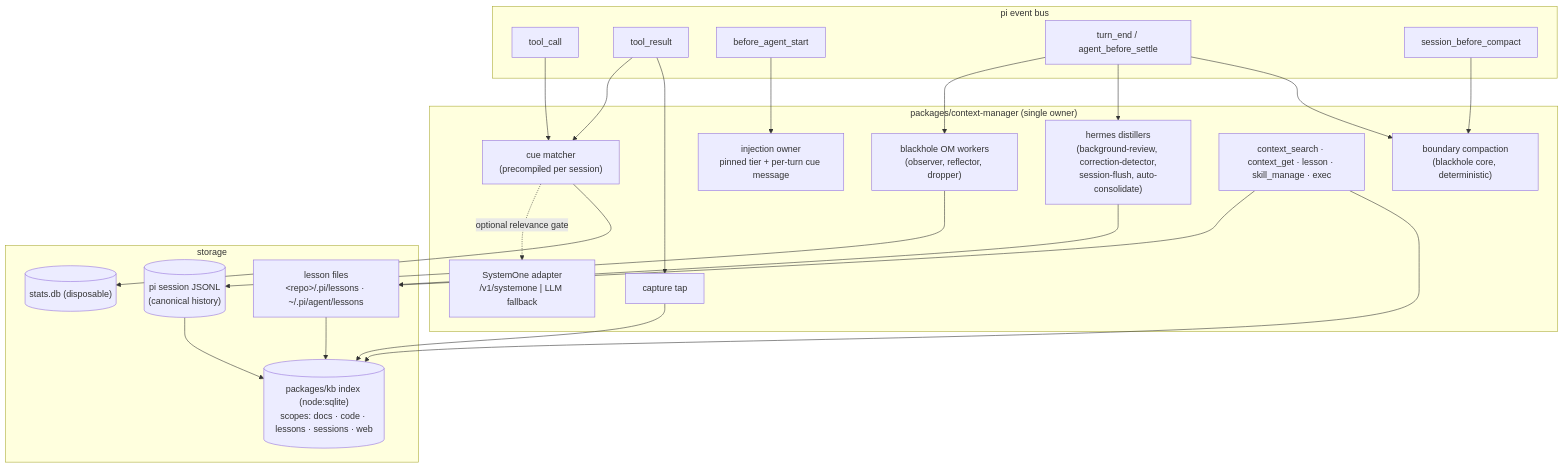
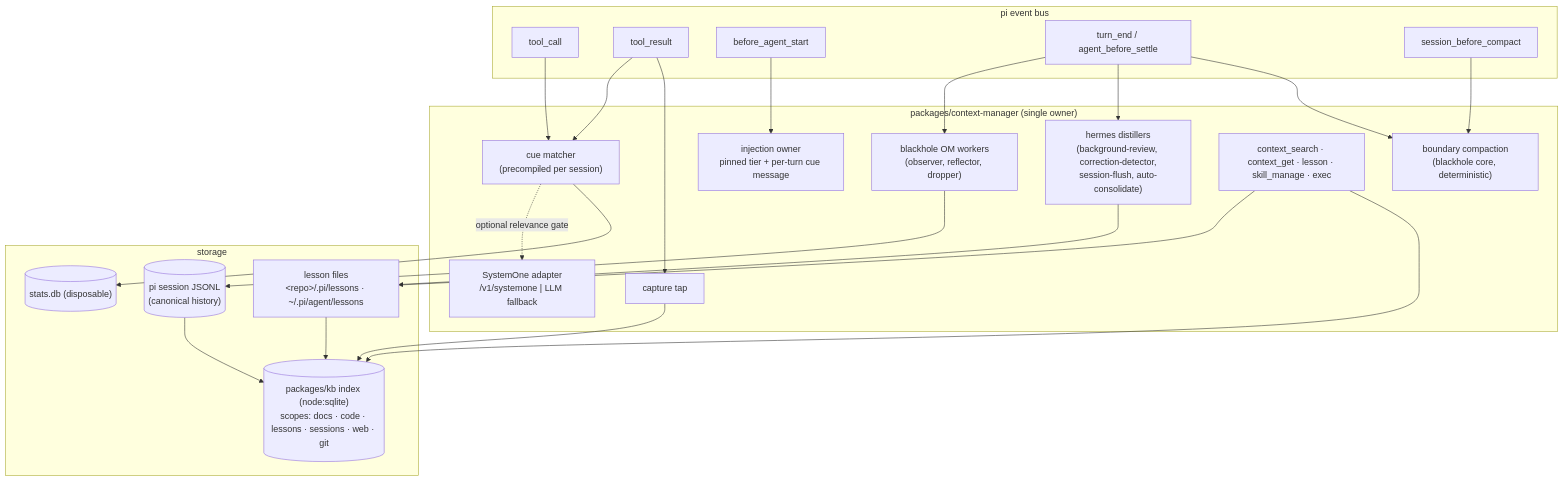
One commit to BlackBeltTechnology/pi-agent-dashboard changed the diagram in openspec/changes/unify-context-manager/design.md. Above: the diagram before and after it, drawn with Mermaid. The commit also changed other lines of this file and 10 other files, not shown here.

````diff
--- a/openspec/changes/unify-context-manager/design.md
+++ b/openspec/changes/unify-context-manager/design.md
@@ -55,35 +55,35 @@
 ```mermaid
 flowchart TB
   subgraph PI["pi event bus"]
     TC[tool_call] & TR[tool_result] & BAS[before_agent_start] & TE[turn_end / agent_before_settle] & SBC[session_before_compact]
   end
   subgraph CM["packages/context-manager (single owner)"]
     TAP["capture tap"]
     MATCH["cue matcher<br/>(precompiled per session)"]
     INJ["injection owner<br/>pinned tier + per-turn cue message"]
     CMP["boundary compaction<br/>(blackhole core, deterministic)"]
     HD["hermes distillers<br/>(background-review, correction-detector,<br/>session-flush, auto-consolidate)"]
     OM["blackhole OM workers<br/>(observer, reflector, dropper)"]
     TOOLS["context_search · context_get · lesson · skill_manage · exec"]
     S1["SystemOne adapter<br/>/v1/systemone | LLM fallback"]
   end
   subgraph STORE["storage"]
     LES["lesson files<br/>&lt;repo&gt;/.pi/lessons · ~/.pi/agent/lessons"]
-    IDX[("packages/kb index (node:sqlite)<br/>scopes: docs · code · lessons · sessions · web")]
+    IDX[("packages/kb index (node:sqlite)<br/>scopes: docs · code · lessons · sessions · web · git")]
     ST[("stats.db (disposable)")]
     JSONL[("pi session JSONL<br/>(canonical history)")]
   end
   TC --> MATCH
   TR --> TAP & MATCH
   BAS --> INJ
   TE --> CMP & HD & OM
   SBC --> CMP
   TAP --> IDX
   JSONL --> IDX
   LES --> IDX
   MATCH --> ST
   HD --> LES
   OM --> JSONL
   TOOLS --> IDX & LES
   MATCH -. optional relevance gate .-> S1
 ```
````
